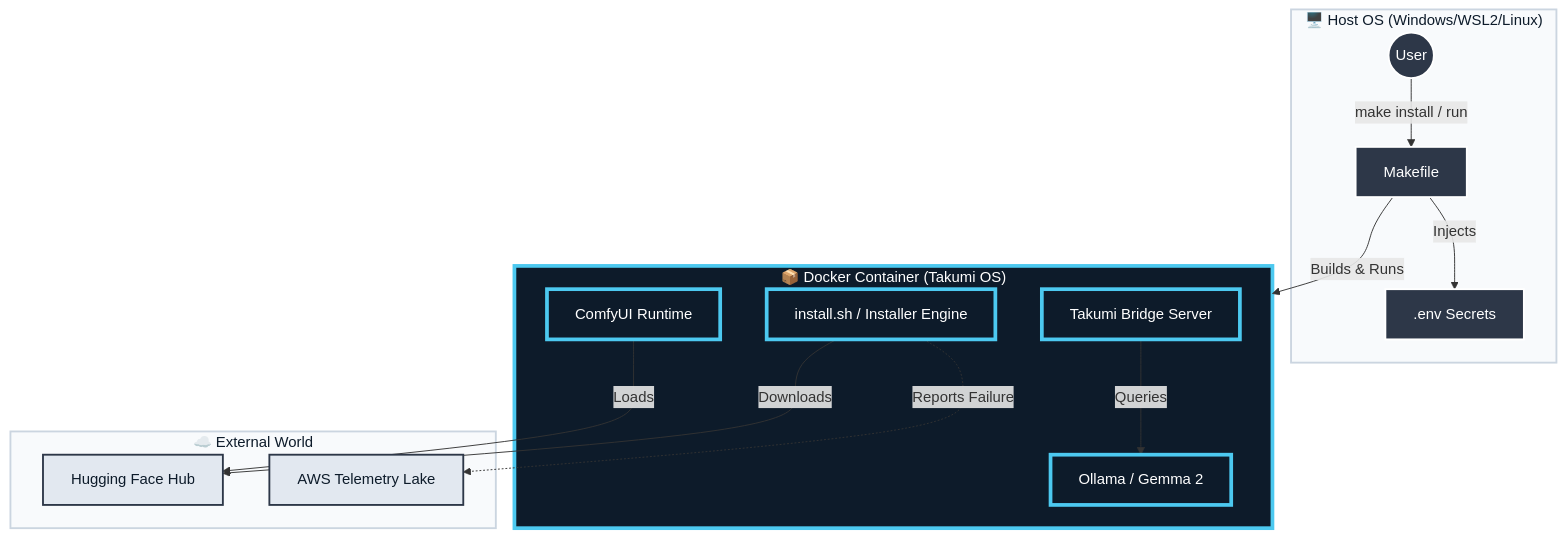
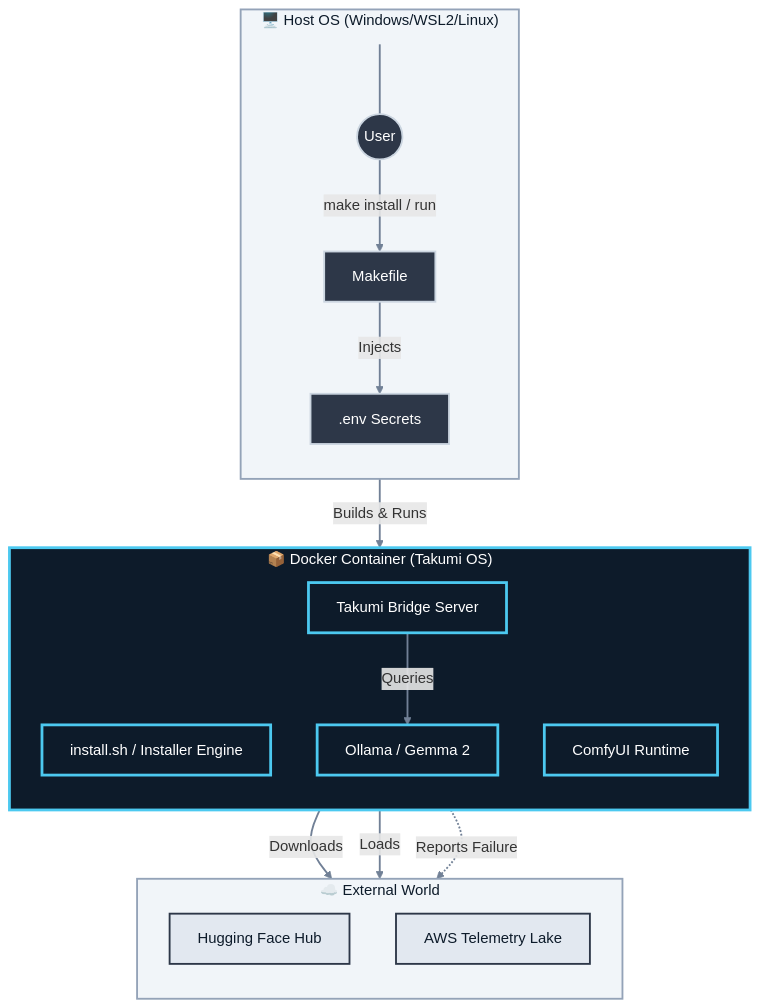
Before and after one commit to roguelikeCode/takumi-comfyui-advisor: the first of 4 diagrams in architecture.md, drawn with Mermaid. The commit also changed other lines of this file, not shown here.

Commit message:
chore(architecture.md): fix mermaid colors for github visibility

````diff
--- a/architecture.md
+++ b/architecture.md
@@ -12,47 +12,55 @@
 ```mermaid
 graph TD
+    %% --- Global Settings ---
+    linkStyle default stroke:#718096,stroke-width:2px,fill:none;
+
     %% --- Styles ---
-    %% Yamato Navy (#0d1b2a) & Takumi Cyan (#4cc9f0) & White (#ffffff)
-    classDef host fill:#2d3748,stroke:#ffffff,stroke-width:2px,color:#ffffff;
-    classDef container fill:#0d1b2a,stroke:#4cc9f0,stroke-width:4px,color:#ffffff;
+    classDef host fill:#2d3748,stroke:#cbd5e0,stroke-width:2px,color:#ffffff;
+    classDef container fill:#0d1b2a,stroke:#4cc9f0,stroke-width:3px,color:#ffffff;
     classDef cloud fill:#e2e8f0,stroke:#2d3748,stroke-width:2px,color:#0d1b2a;
-    
-    %% Subgraph Styling (To prevent default yellow)
-    classDef plain fill:#f8fafc,stroke:#cbd5e0,stroke-width:2px,color:#0d1b2a;
+    classDef plain fill:#f1f5f9,stroke:#94a3b8,stroke-width:2px,color:#0d1b2a;
+    %% Invisible styling for spacing
+    classDef hidden display:none;
 
-    subgraph Host ["🖥️ Host OS (Windows/WSL2/Linux)"]
+    subgraph Host ["&nbsp;&nbsp;&nbsp;&nbsp;🖥️ Host OS (Windows/WSL2/Linux)&nbsp;&nbsp;&nbsp;&nbsp;"]
+        direction TB
+        %% Spacer to prevent overlap with title
+        Dummy[ ]:::hidden
         User((User))
         Make[Makefile]
         Dotenv[.env Secrets]
+        
+        Dummy ~~~ User
     end
 
     subgraph Docker ["📦 Docker Container (Takumi OS)"]
+        direction TB
         Installer["install.sh / Installer Engine"]
         Runtime[ComfyUI Runtime]
         Brain[Ollama / Gemma 2]
         Bridge[Takumi Bridge Server]
     end
 
     subgraph Cloud ["☁️ External World"]
+        direction TB
         HuggingFace[Hugging Face Hub]
         AWS[AWS Telemetry Lake]
     end
 
+    %% Connections
     User -->|make install / run| Make
     Make -->|Injects| Dotenv
     Make -->|Builds & Runs| Docker
     
     Installer -->|Downloads| HuggingFace
     Runtime -->|Loads| HuggingFace
     Bridge -->|Queries| Brain
     Installer -.->|Reports Failure| AWS
     
-    %% Apply Node Styles
+    %% Apply Styles
     class User,Make,Dotenv host;
     class Installer,Runtime,Brain,Bridge container;
     class HuggingFace,AWS cloud;
-    
-    %% Apply Subgraph Styles (Critical Fix)
     class Host,Cloud plain;
-    class Docker container; 
+    class Docker container;
 ```
````
